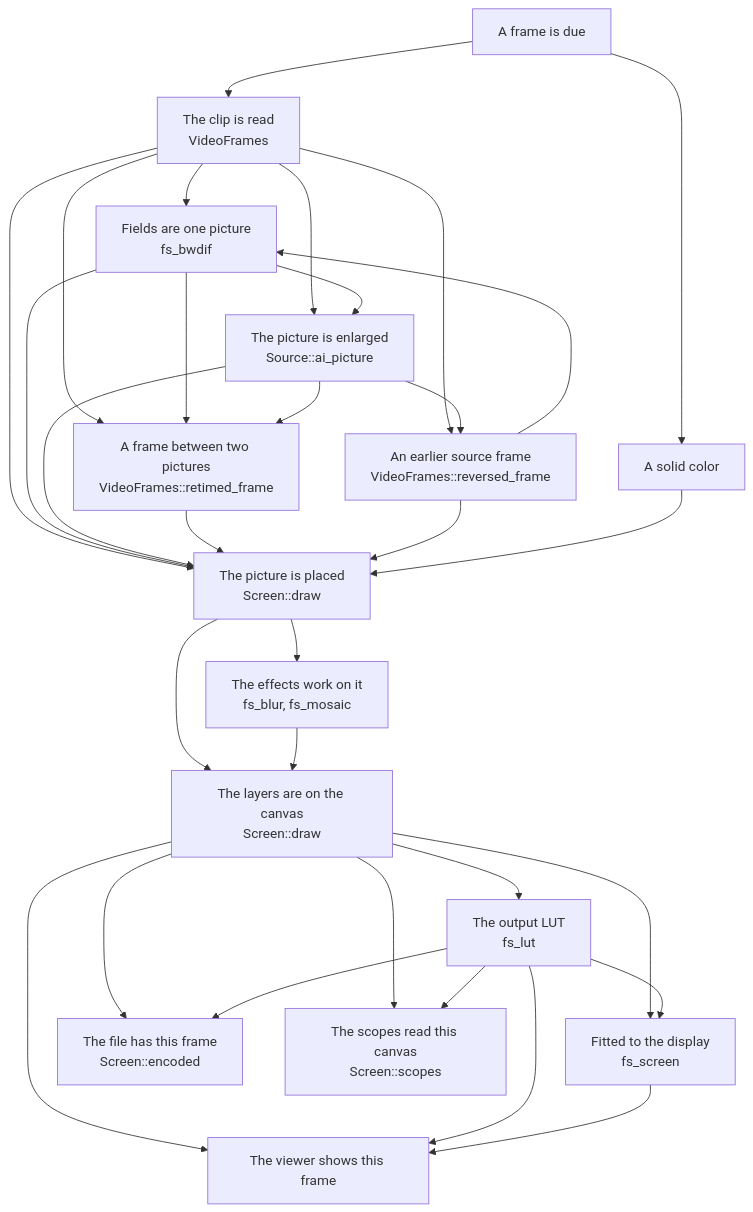
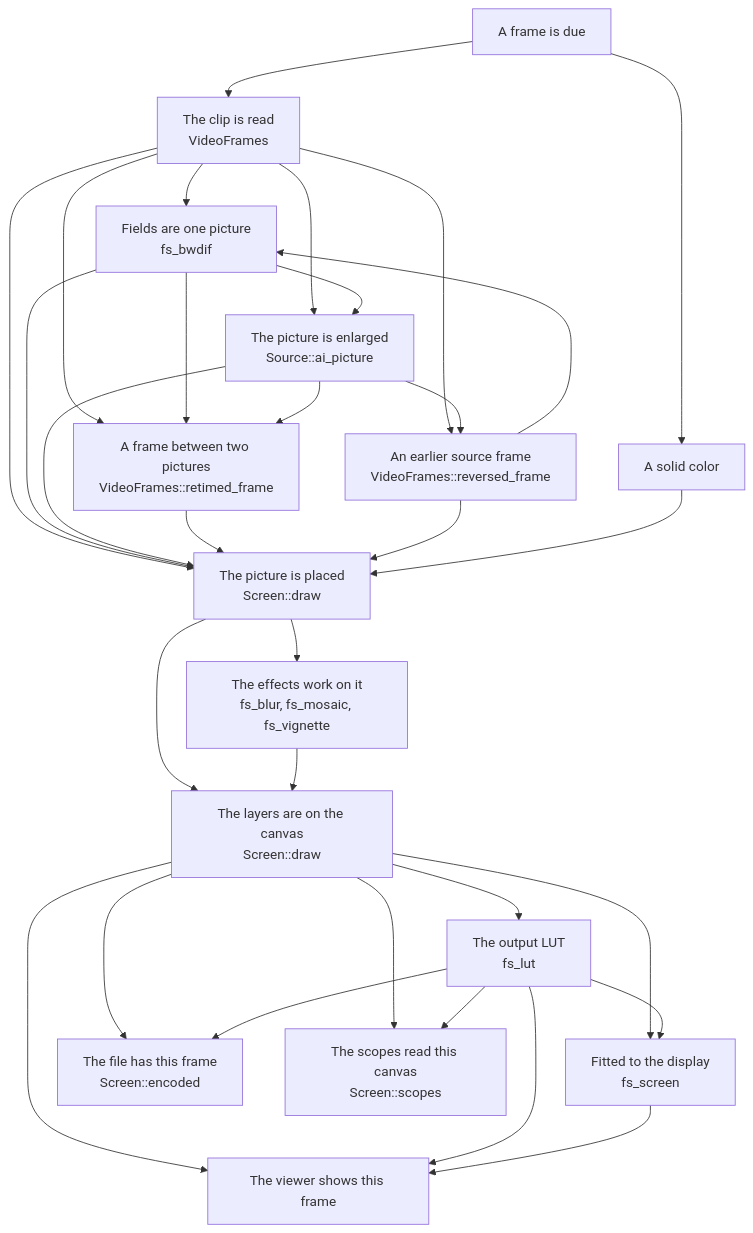
Before and after one commit to oittaa/vidcut: the third of 3 diagrams in docs/design/README.md, drawn with Mermaid. The commit also changed other lines of this file and 18 other files, not shown here.

First line of the commit message:
feat(effects): Vignette darkens the picture around a shape (#910)

````diff
--- a/docs/design/README.md
+++ b/docs/design/README.md
@@ -61,48 +61,48 @@
 ```mermaid
 flowchart TD
   due["A frame is due"]
   read["The clip is read<br>VideoFrames"]
   solid["A solid color"]
   weave["Fields are one picture<br>fs_bwdif"]
   grow["The picture is enlarged<br>Source::ai_picture"]
   between["A frame between two pictures<br>VideoFrames::retimed_frame"]
   earlier["An earlier source frame<br>VideoFrames::reversed_frame"]
   place["The picture is placed<br>Screen::draw"]
-  fx["The effects work on it<br>fs_blur, fs_mosaic"]
+  fx["The effects work on it<br>fs_blur, fs_mosaic, fs_vignette"]
   mix["The layers are on the canvas<br>Screen::draw"]
   looked["The output LUT<br>fs_lut"]
   show["The viewer shows this frame"]
   mapped["Fitted to the display<br>fs_screen"]
   file["The file has this frame<br>Screen::encoded"]
   scopes["The scopes read this canvas<br>Screen::scopes"]
   due --> read
   due --> solid
   read --> weave
   read --> grow
   read --> between
   read --> earlier
   read --> place
   weave --> grow
   weave --> between
   weave --> place
   grow --> between
   grow --> earlier
   grow --> place
   between --> place
   earlier --> weave
   earlier --> place
   solid --> place
   place --> fx
   place --> mix
   fx --> mix
   mix --> looked
   mix --> show
   mix --> mapped
   mix --> file
   mix --> scopes
   looked --> show
   looked --> mapped
   looked --> file
   looked --> scopes
   mapped --> show
 ```
````
